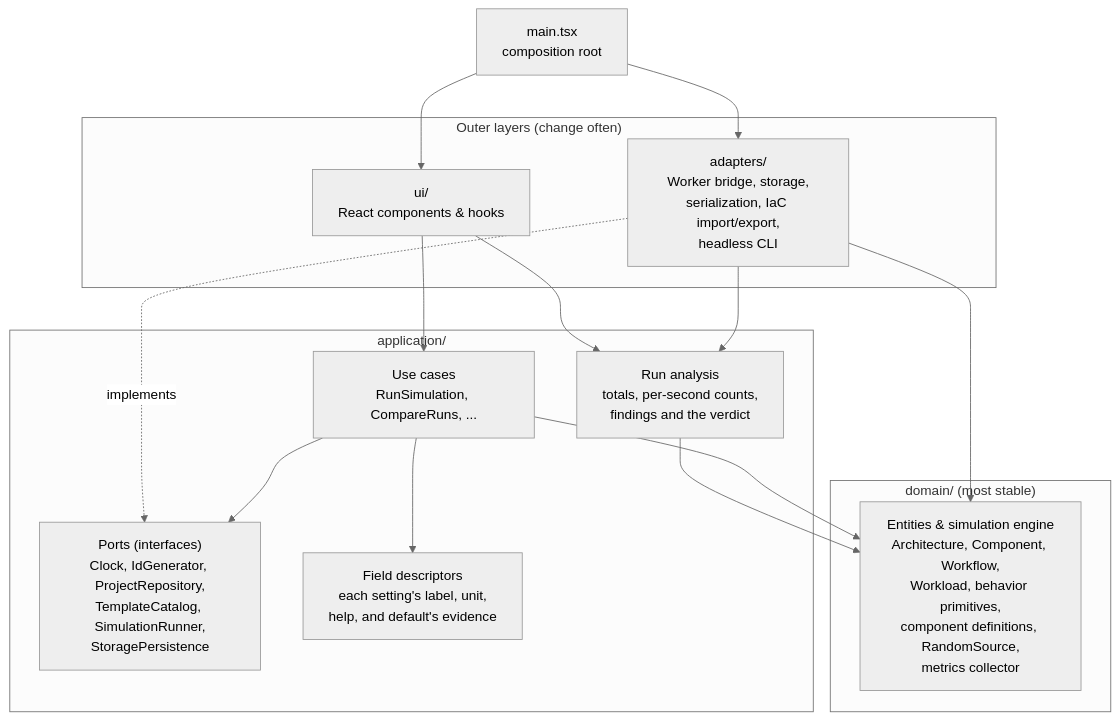
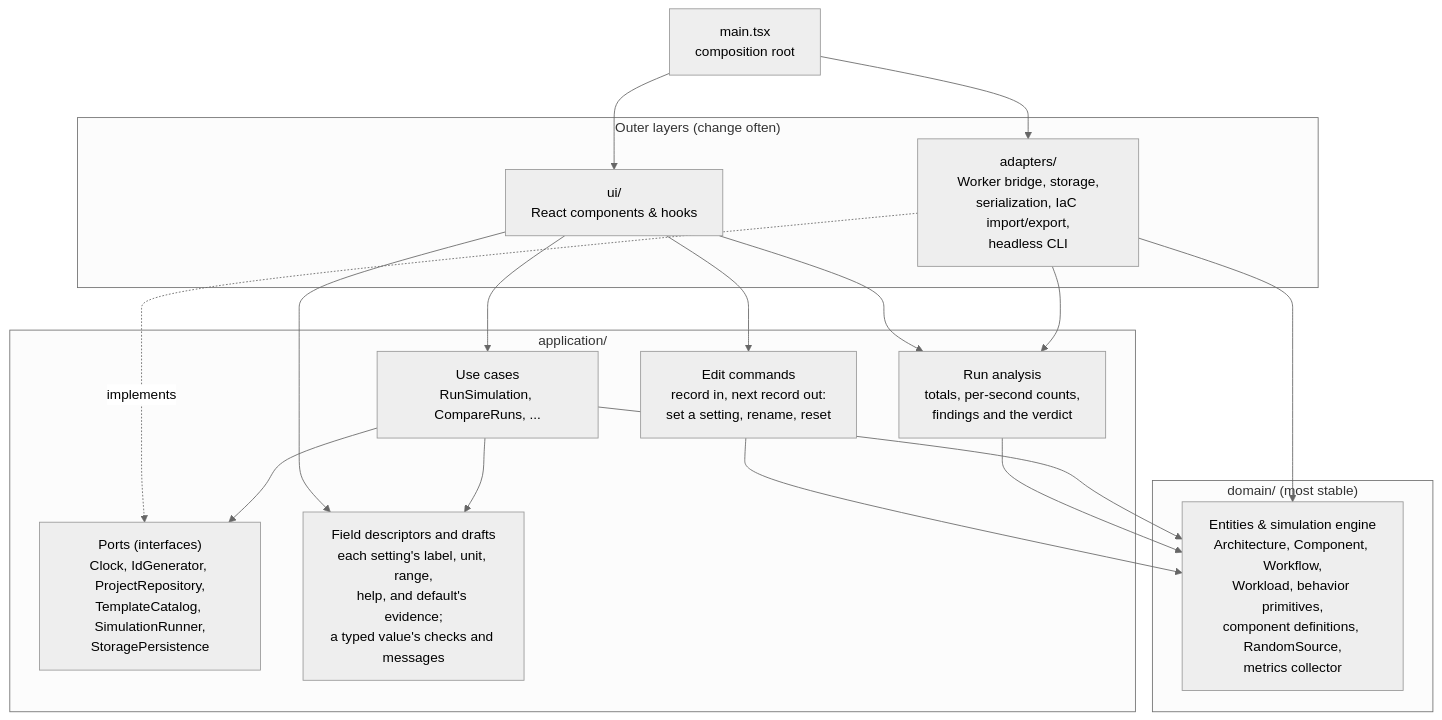
One commit to alanbickel/wind-tunnel changed the fifth of 5 diagrams in docs/architecture/architecture-overview.md. Above: the diagram before and after it, drawn with Mermaid (neutral theme). The commit also changed other lines of this file and 47 other files, not shown here.

````diff
--- a/docs/architecture/architecture-overview.md
+++ b/docs/architecture/architecture-overview.md
@@ -106,28 +106,32 @@
 ```mermaid
 flowchart TB
     subgraph outer["Outer layers (change often)"]
         UI["ui/<br/>React components & hooks"]
         AD["adapters/<br/>Worker bridge, storage,<br/>serialization, IaC import/export,<br/>headless CLI"]
     end
     subgraph app["application/"]
         UC["Use cases<br/>RunSimulation, CompareRuns, ..."]
         P["Ports (interfaces)<br/>Clock, IdGenerator, ProjectRepository,<br/>TemplateCatalog, SimulationRunner,<br/>StoragePersistence"]
         RA["Run analysis<br/>totals, per-second counts,<br/>findings and the verdict"]
-        FD["Field descriptors<br/>each setting's label, unit,<br/>help, and default's evidence"]
+        FD["Field descriptors and drafts<br/>each setting's label, unit, range,<br/>help, and default's evidence;<br/>a typed value's checks and messages"]
+        EC["Edit commands<br/>record in, next record out:<br/>set a setting, rename, reset"]
     end
     subgraph dom["domain/ (most stable)"]
         D["Entities & simulation engine<br/>Architecture, Component, Workflow,<br/>Workload, behavior primitives,<br/>component definitions, RandomSource,<br/>metrics collector"]
     end
 
     UI --> UC
     UI --> RA
+    UI --> EC
+    UI --> FD
+    EC --> D
     AD --> RA
     RA --> D
     AD -.->|implements| P
     UC --> P
     UC --> FD
     UC --> D
     AD --> D
     MAIN["main.tsx<br/>composition root"] --> UI
     MAIN --> AD
 ```
````
